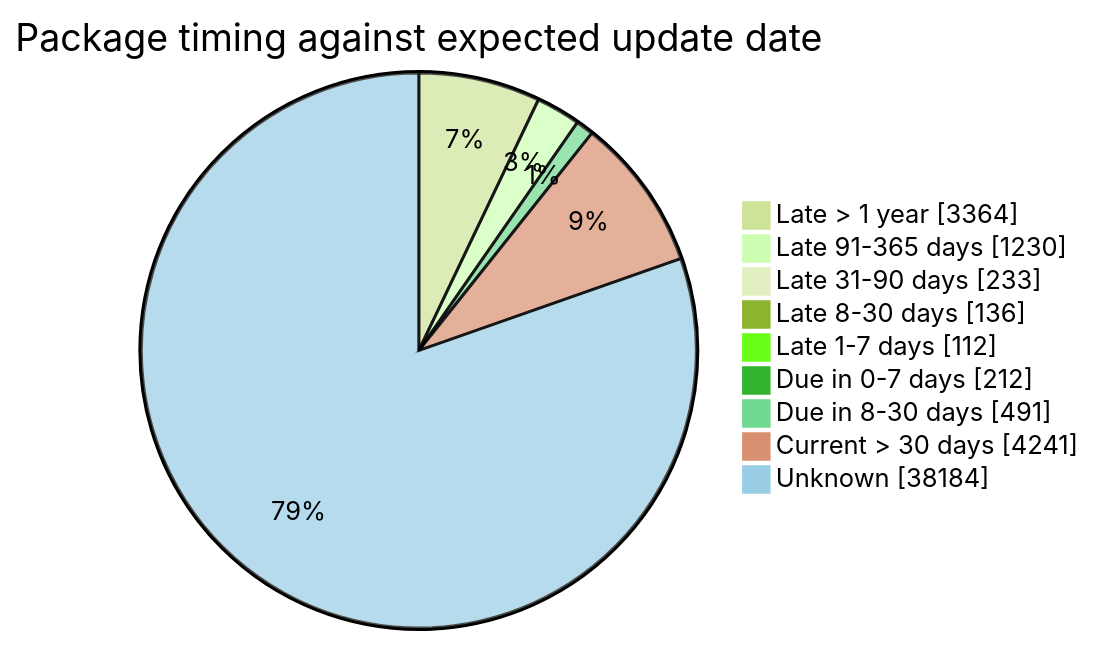
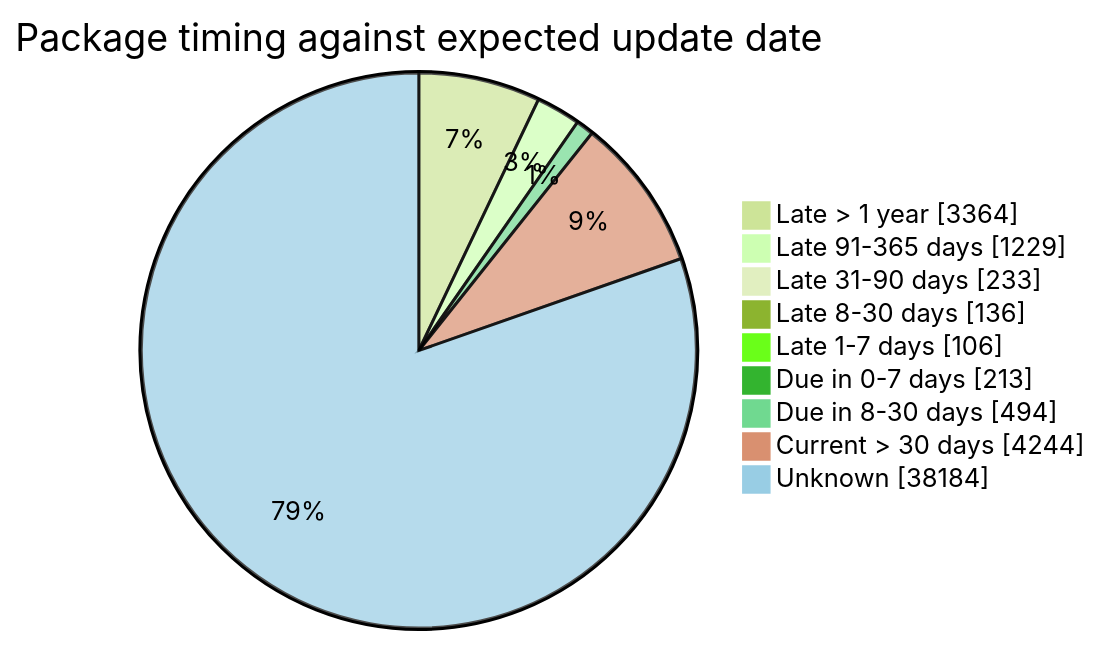
The fourth of 5 diagrams in FreshCheck/README.md (open-data/analytics-corporate-reporting), drawn with Mermaid (forest theme) before and after one commit. The commit also changed other lines of this file and 3 other files, not shown here.

````diff
--- a/FreshCheck/README.md
+++ b/FreshCheck/README.md
@@ -86,12 +86,12 @@
 ```mermaid
 pie showData title Package timing against expected update date
     "Late > 1 year": 3364
-    "Late 91-365 days": 1230
+    "Late 91-365 days": 1229
     "Late 31-90 days": 233
     "Late 8-30 days": 136
-    "Late 1-7 days": 112
-    "Due in 0-7 days": 212
-    "Due in 8-30 days": 491
-    "Current > 30 days": 4241
+    "Late 1-7 days": 106
+    "Due in 0-7 days": 213
+    "Due in 8-30 days": 494
+    "Current > 30 days": 4244
     "Unknown": 38184
 ```
````
